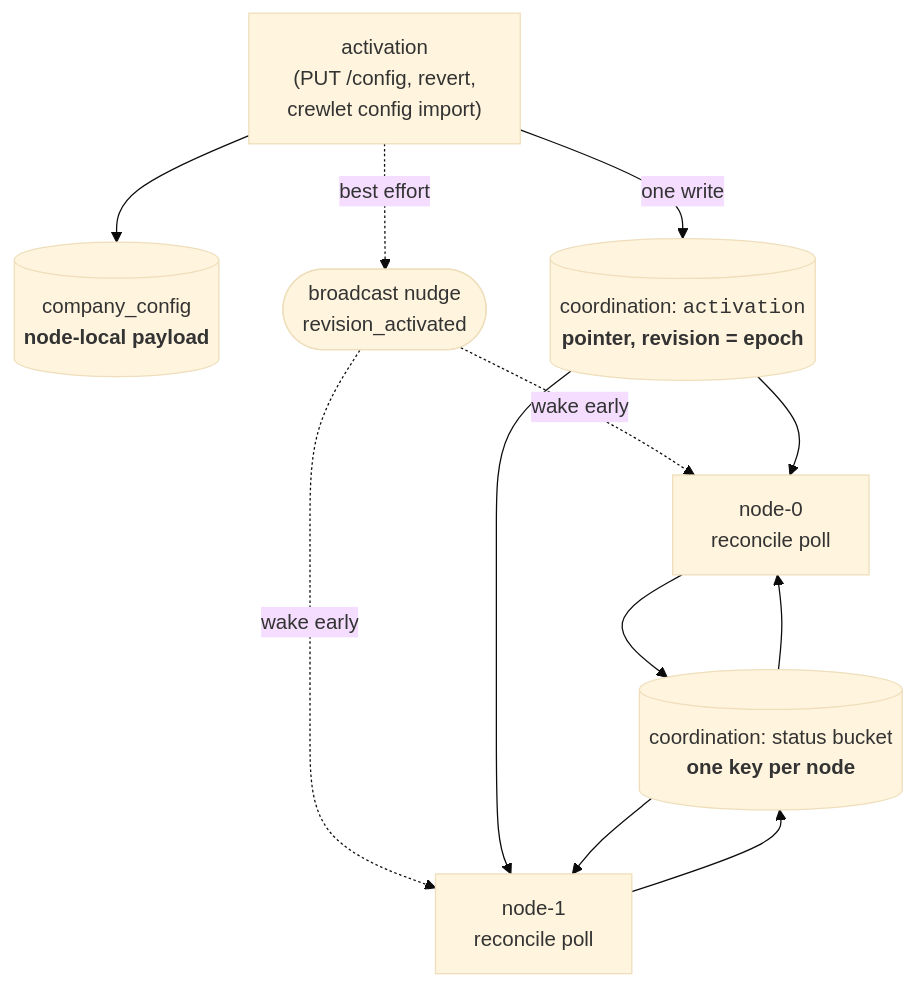
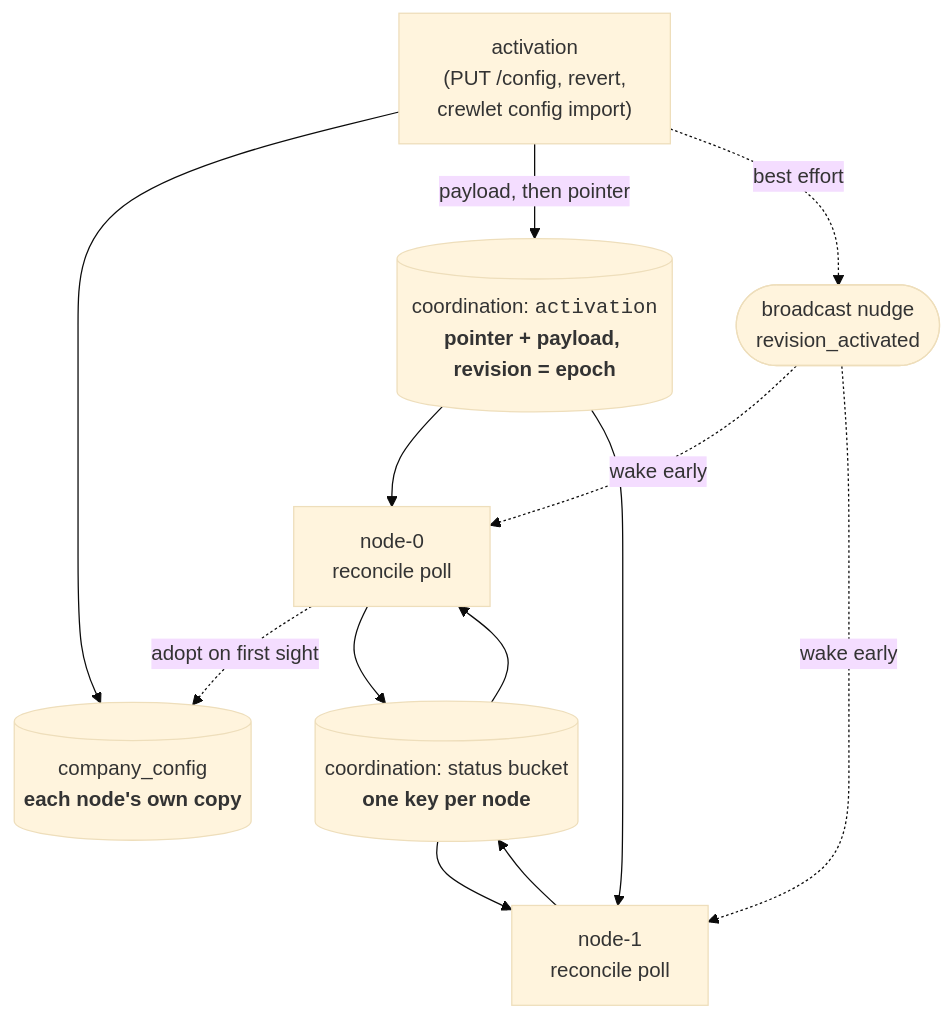
One commit to crewlet/crewlet changed the first of 2 diagrams in docs/concepts/control-plane.md. Above: the diagram before and after it, drawn with Mermaid (base theme). The commit also changed other lines of this file and 14 other files, not shown here.

First line of the commit message:
fix(engine): make a live config change reach every node, not just one

````diff
--- a/docs/concepts/control-plane.md
+++ b/docs/concepts/control-plane.md
@@ -24,21 +24,22 @@
 ```mermaid
 flowchart TD
     ACT["activation<br/>(PUT /config, revert,<br/>crewlet config import)"]
-    DB[("company_config<br/><b>node-local payload</b>")]
-    PTR[("coordination: <code>activation</code><br/><b>pointer, revision = epoch</b>")]
+    DB[("company_config<br/><b>each node's own copy</b>")]
+    PTR[("coordination: <code>activation</code><br/><b>pointer + payload, revision = epoch</b>")]
     NUDGE(["broadcast nudge<br/>revision_activated"])
     N1["node-0<br/>reconcile poll"]
     N2["node-1<br/>reconcile poll"]
     STATUS[("coordination: status bucket<br/><b>one key per node</b>")]
     ACT --> DB
-    ACT -->|one write| PTR
+    ACT -->|payload, then pointer| PTR
     ACT -.->|best effort| NUDGE
     NUDGE -.->|wake early| N1
     NUDGE -.->|wake early| N2
     PTR --> N1
     PTR --> N2
+    N1 -.->|adopt on first sight| DB
     N1 --> STATUS
     N2 --> STATUS
     STATUS --> N1
     STATUS --> N2
 ```
````
